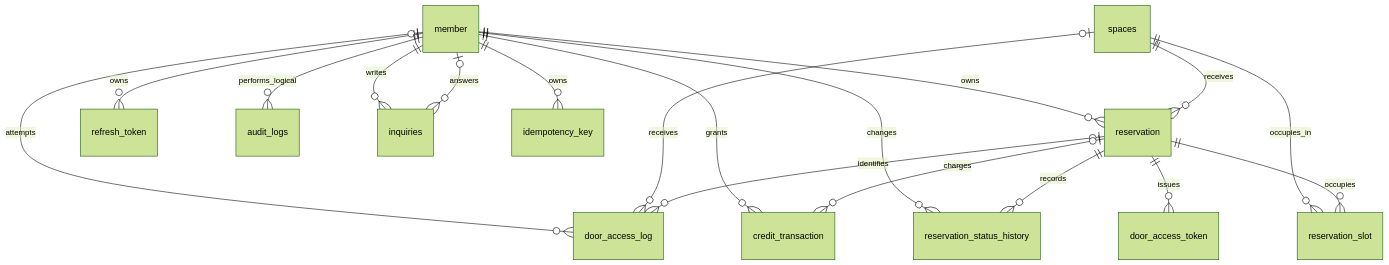
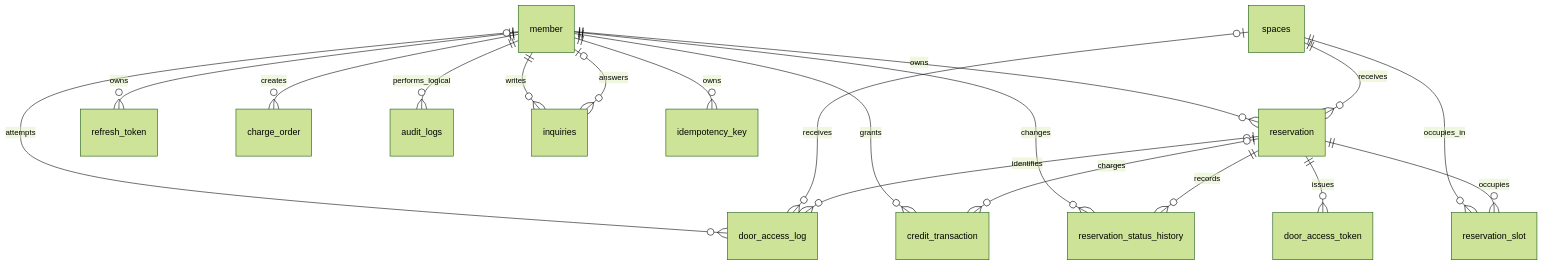
The diagram in docs/erd.md (prgrms-be-devcourse/NBE12-14-2-OVENGERS), drawn with Mermaid (forest theme) before and after one commit. The commit also changed other lines of this file and 12 other files, not shown here.

````diff
--- a/docs/erd.md
+++ b/docs/erd.md
@@ -49,22 +51,23 @@
 ```mermaid
 erDiagram
     member ||--o{ reservation : owns
     member ||--o{ refresh_token : owns
     member ||--o{ credit_transaction : grants
+    member ||--o{ charge_order : creates
     member ||--o{ reservation_status_history : changes
     member o|--o{ door_access_log : attempts
     member ||--o{ audit_logs : performs_logical
     member ||--o{ inquiries : writes
     member o|--o{ inquiries : answers
     member ||--o{ idempotency_key : owns
 
     spaces ||--o{ reservation : receives
     spaces ||--o{ reservation_slot : occupies_in
     spaces o|--o{ door_access_log : receives
 
     reservation ||--o{ reservation_slot : occupies
     reservation ||--o{ reservation_status_history : records
     reservation ||--o{ door_access_token : issues
     reservation o|--o{ door_access_log : identifies
     reservation o|--o{ credit_transaction : charges
 ```
````
